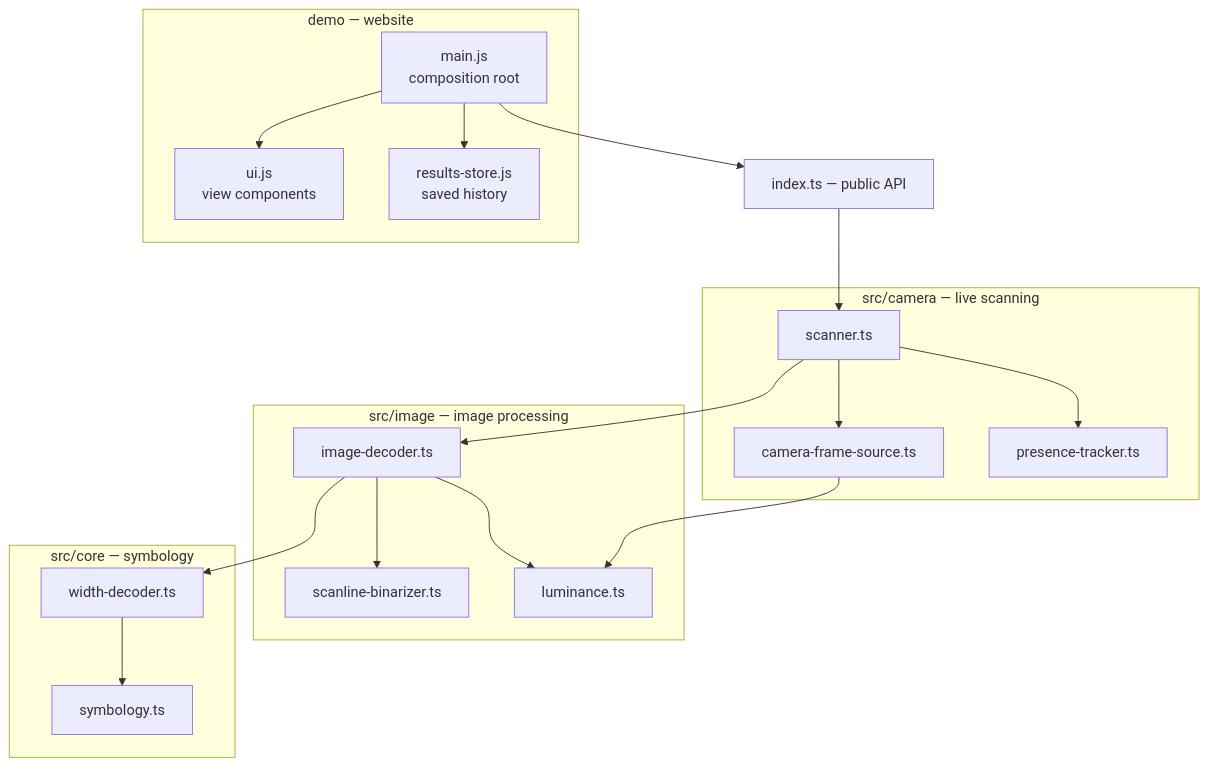
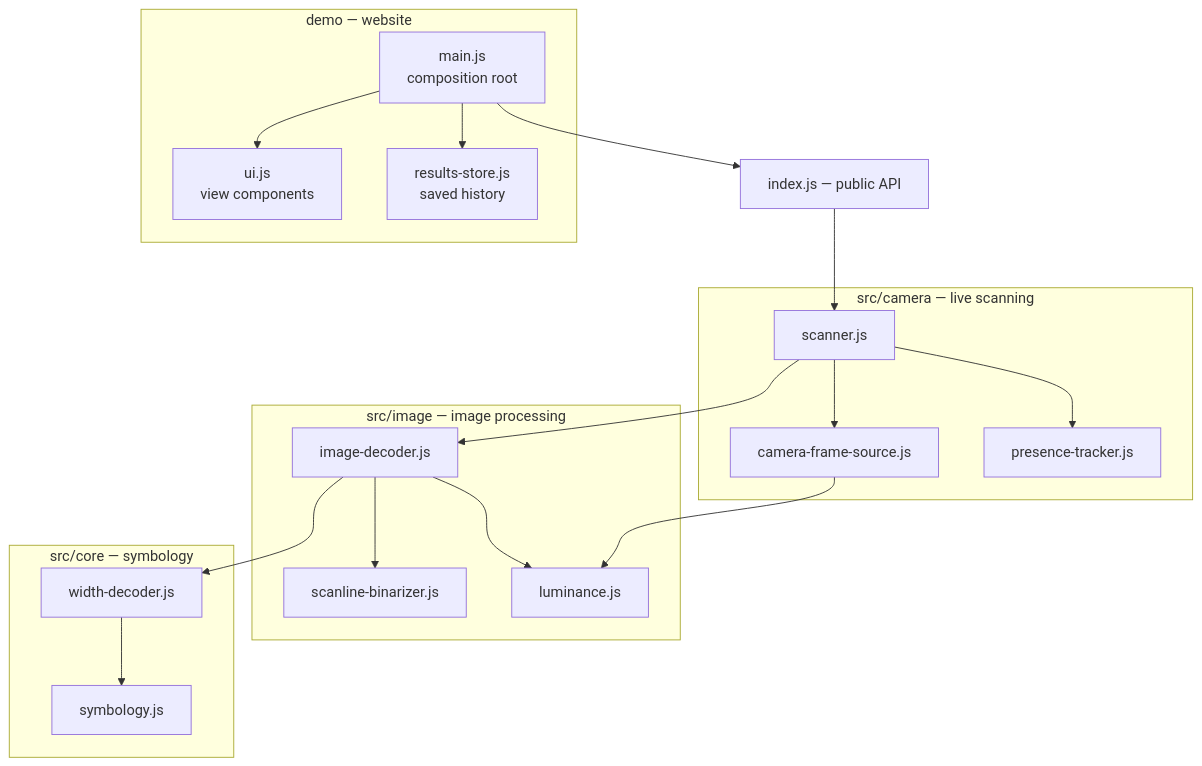
Before and after one commit to yagnikpipaliya/code39scanner: the fourth of 4 diagrams in README.md, drawn with Mermaid. The commit also changed other lines of this file and 48 other files, not shown here.

````diff
--- a/README.md
+++ b/README.md
@@ -135,34 +135,34 @@
 ```mermaid
 flowchart TD
     subgraph Demo["demo — website"]
         main["main.js<br/>composition root"]
         ui["ui.js<br/>view components"]
         store["results-store.js<br/>saved history"]
     end
     subgraph Camera["src/camera — live scanning"]
-        scanner["scanner.ts"]
-        source["camera-frame-source.ts"]
-        tracker["presence-tracker.ts"]
+        scanner["scanner.js"]
+        source["camera-frame-source.js"]
+        tracker["presence-tracker.js"]
     end
     subgraph Image["src/image — image processing"]
-        decoder["image-decoder.ts"]
-        binarizer["scanline-binarizer.ts"]
-        luminance["luminance.ts"]
+        decoder["image-decoder.js"]
+        binarizer["scanline-binarizer.js"]
+        luminance["luminance.js"]
     end
     subgraph Core["src/core — symbology"]
-        width["width-decoder.ts"]
-        symbology["symbology.ts"]
+        width["width-decoder.js"]
+        symbology["symbology.js"]
     end
     main --> ui
     main --> store
-    main --> api["index.ts — public API"]
+    main --> api["index.js — public API"]
     api --> scanner
     scanner --> source
     scanner --> tracker
     scanner --> decoder
     source --> luminance
     decoder --> binarizer
     decoder --> luminance
     decoder --> width
     width --> symbology
 ```
````
